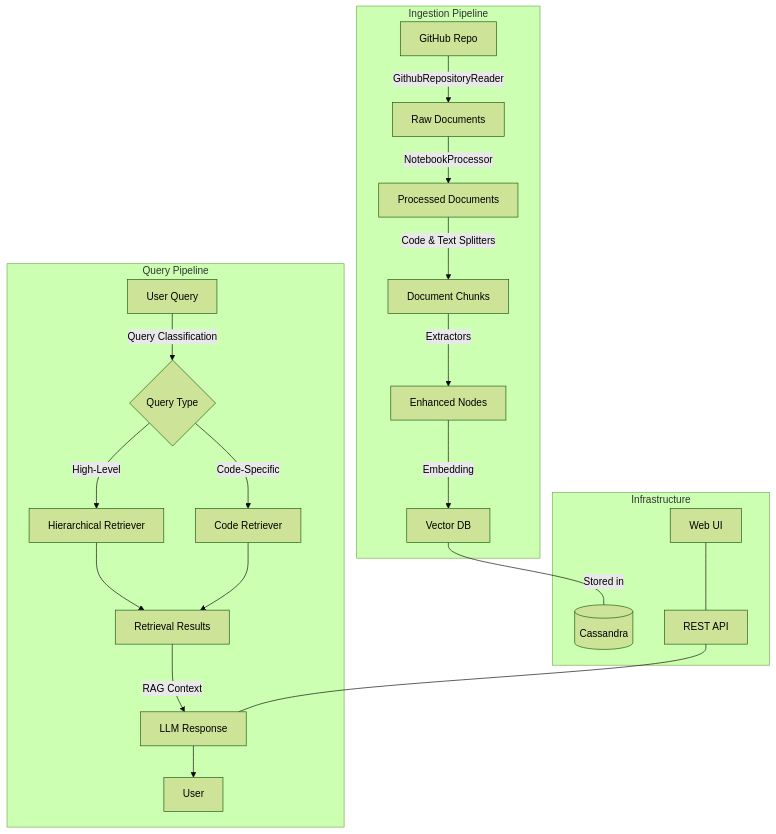
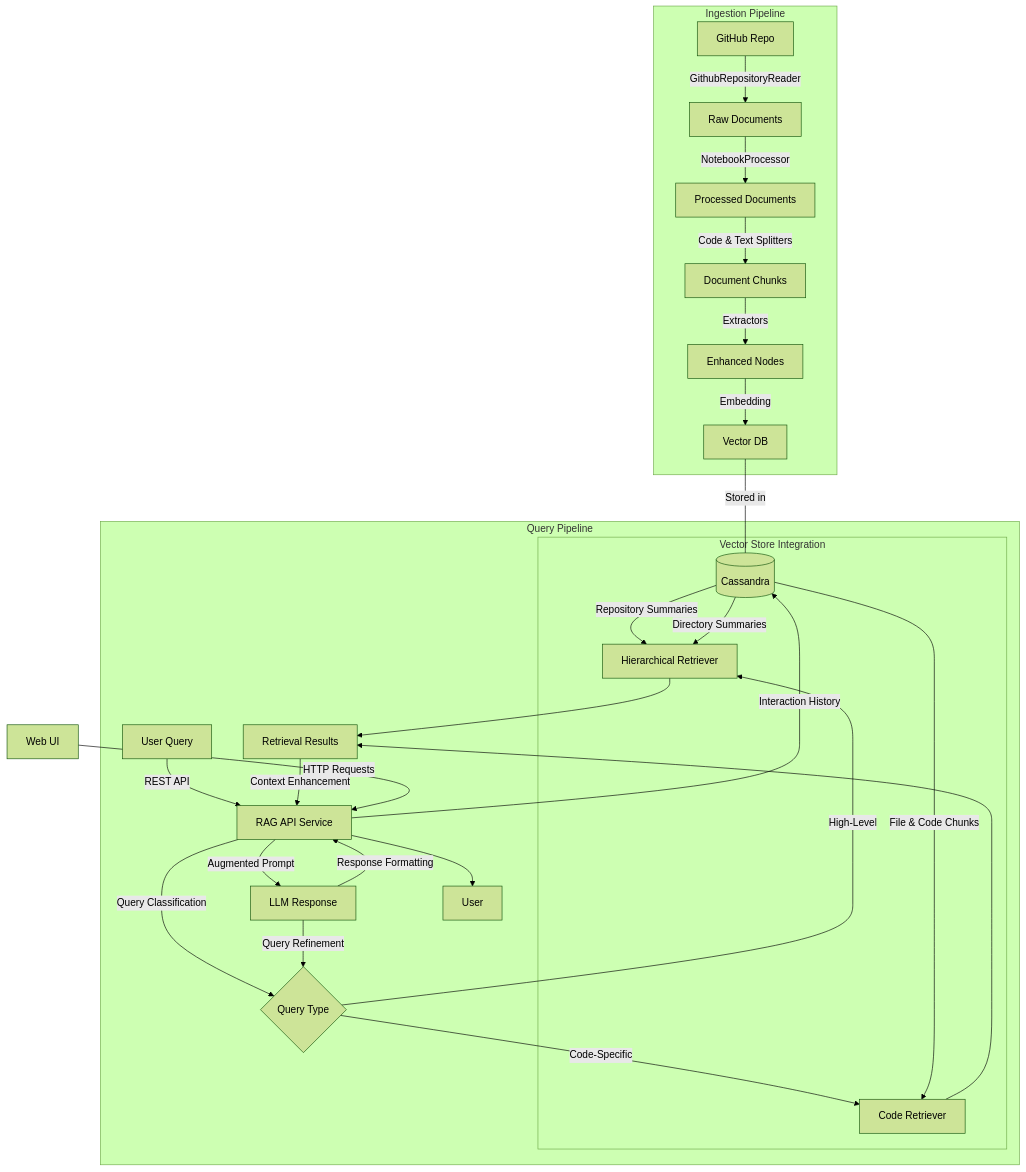
One commit to jasonbuchanan145/GithubReposToRag changed the diagram in README.md. Above: the diagram before and after it, drawn with Mermaid (forest theme). The commit also changed other lines of this file, not shown here.

Commit message:
Readme update

````diff
--- a/README.md
+++ b/README.md
@@ -16,26 +16,37 @@
 ```mermaid
 graph TD
     subgraph "Ingestion Pipeline"
         A[GitHub Repo] -->|GithubRepositoryReader| B[Raw Documents]
         B -->|NotebookProcessor| C[Processed Documents]
         C -->|Code & Text Splitters| D[Document Chunks]
         D -->|Extractors| E[Enhanced Nodes]
         E -->|Embedding| F[Vector DB]
     end
 
     subgraph "Query Pipeline"
-        Q[User Query] -->|Query Classification| QC{Query Type}
+        Q[User Query] -->|REST API| API[RAG API Service]
+        API -->|Query Classification| QC{Query Type}
         QC -->|High-Level| HL[Hierarchical Retriever]
         QC -->|Code-Specific| CS[Code Retriever]
+
+        subgraph "Vector Store Integration"
+            DB[(Cassandra)]-->|Repository Summaries| HL
+            DB-->|Directory Summaries| HL
+            DB-->|File & Code Chunks| CS
+        end
+
         HL --> R[Retrieval Results]
         CS --> R
-        R -->|RAG Context| LLM[LLM Response]
-        LLM --> User
+        R -->|Context Enhancement| API
+        API -->|Augmented Prompt| LLM[LLM Response]
+        LLM -->|Response Formatting| API
+        API --> User
     end
 
-    subgraph "Infrastructure"
-        F ---|Stored in| DB[(Cassandra)]
-        API[REST API] --- LLM
-        Web[Web UI] --- API
-    end
+    F ---|Stored in| DB
+    Web[Web UI] -->|HTTP Requests| API
+
+    %% Feedback Loop
+    API -->|Interaction History| DB
+    LLM -->|Query Refinement| QC
 ```
````
